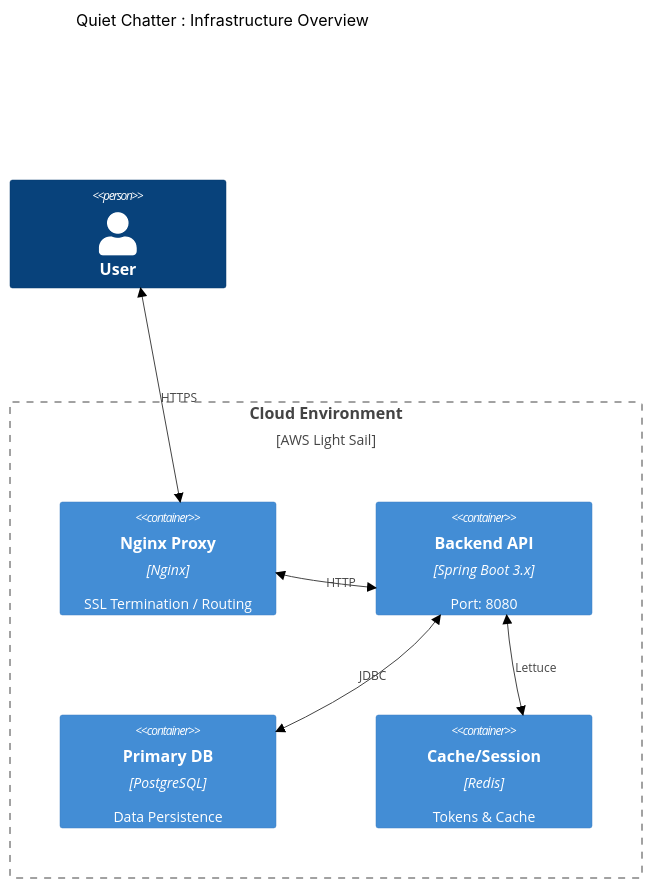
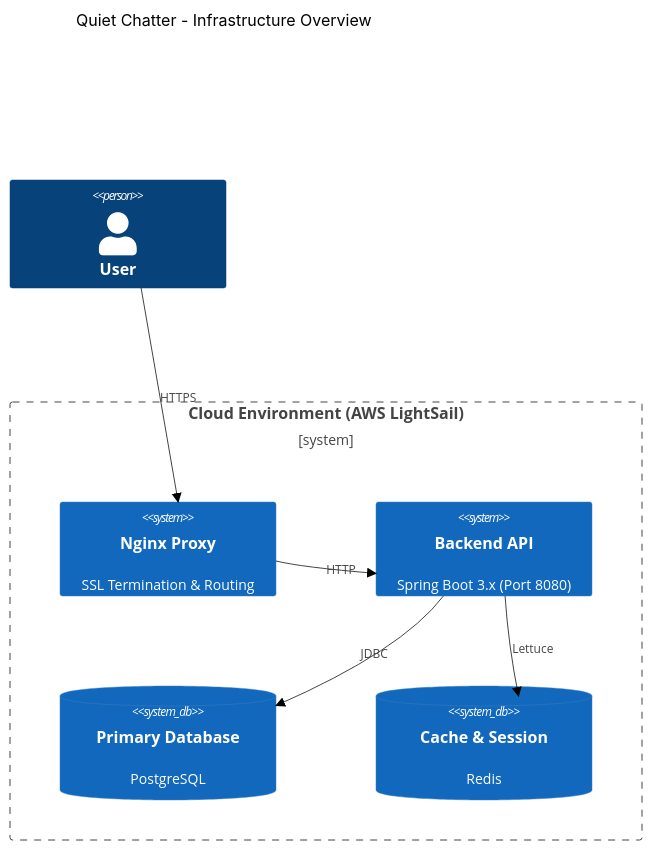
Before and after one commit to MASKUN2/quiet-chatter: the first of 2 diagrams in docs/guide/project_structure.md, drawn with Mermaid (forest theme). The commit also changed other lines of this file and 4 other files, not shown here.

````diff
--- a/docs/guide/project_structure.md
+++ b/docs/guide/project_structure.md
@@ -35,17 +32,18 @@
 ```mermaid
-    C4Context
-    title Quiet Chatter : Infrastructure Overview
+C4Context
+    title Quiet Chatter - Infrastructure Overview
+    
     Person(user, "User")
-
-    Boundary(system, "Cloud Environment", "AWS Light Sail") {
-        Container(ws, "Nginx Proxy", "Nginx", "SSL Termination / Routing")
-        Container(api_server, "Backend API", "Spring Boot 3.x", "Port: 8080")
-        Container(db, "Primary DB", "PostgreSQL", "Data Persistence")
-        Container(redis, "Cache/Session", "Redis", "Tokens & Cache")
+    
+    Boundary(system, "Cloud Environment (AWS LightSail)") {
+        System(ws, "Nginx Proxy", "SSL Termination & Routing")
+        System(api_server, "Backend API", "Spring Boot 3.x (Port 8080)")
+        SystemDb(db, "Primary Database", "PostgreSQL")
+        SystemDb(redis, "Cache & Session", "Redis")
     }
-
-    BiRel(user, ws, "HTTPS")
-    BiRel(ws, api_server, "HTTP")
-    BiRel(api_server, db, "JDBC")
-    BiRel(api_server, redis, "Lettuce")
+    
+    Rel(user, ws, "HTTPS")
+    Rel(ws, api_server, "HTTP")
+    Rel(api_server, db, "JDBC")
+    Rel(api_server, redis, "Lettuce")
 ```
````
